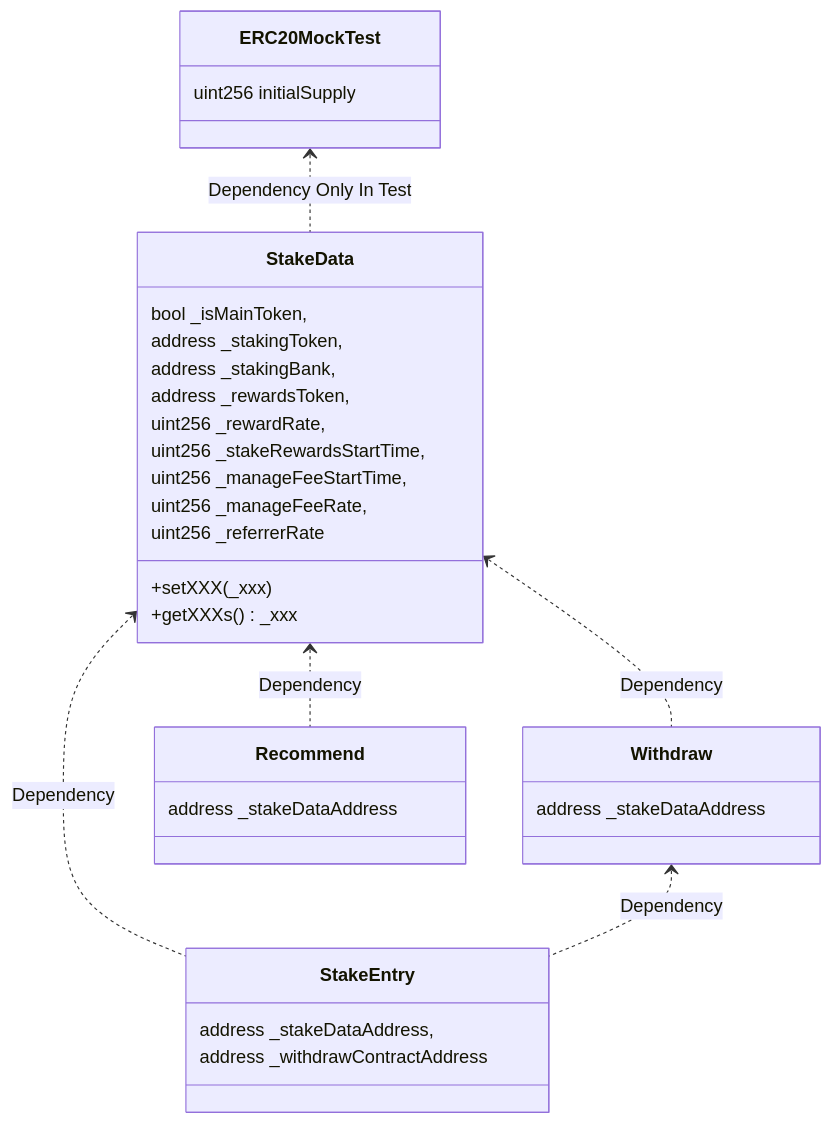
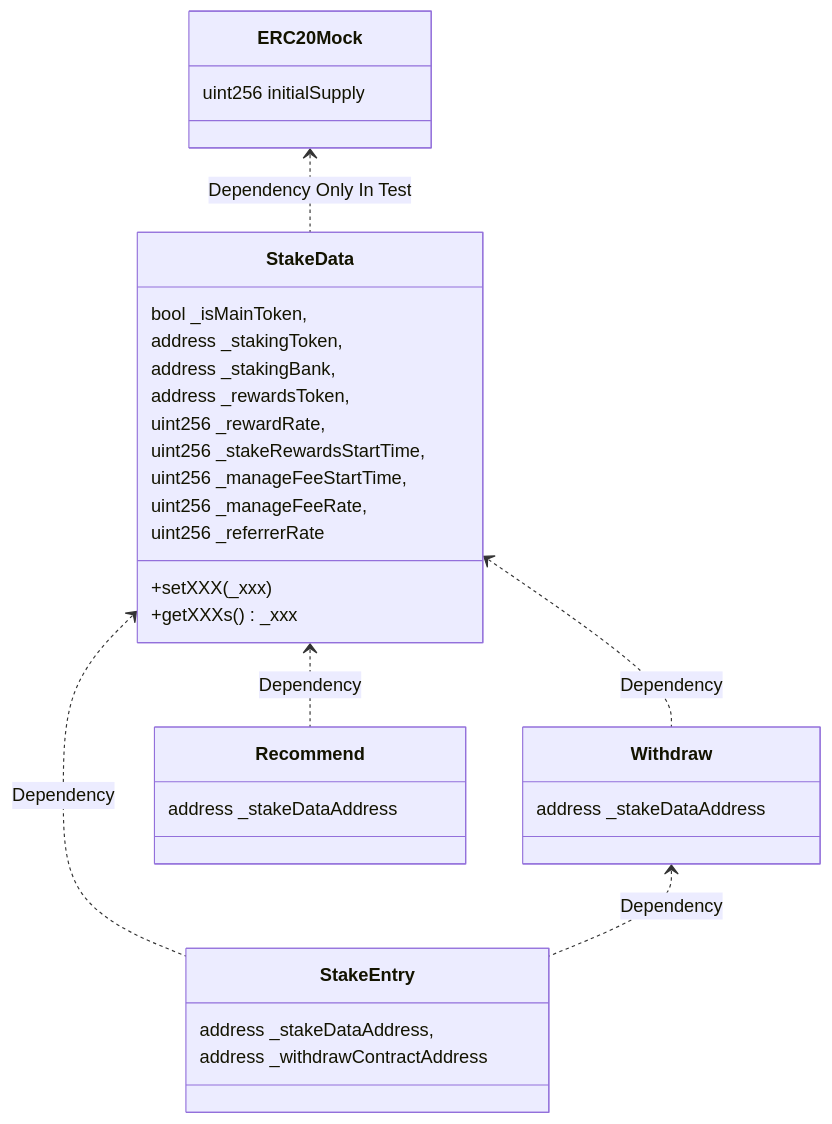
Before and after one commit to myronchain/staking-vault-sol: the diagram in README.md, drawn with Mermaid.

Commit message:
doc: contract struct

````diff
--- a/README.md
+++ b/README.md
@@ -31,45 +31,45 @@
 ```mermaid
 classDiagram
-ERC20MockTest <.. StakeData: Dependency Only In Test
+ERC20Mock <.. StakeData: Dependency Only In Test
 StakeData <.. Withdraw: Dependency
 StakeData <.. StakeEntry: Dependency
 Withdraw <.. StakeEntry: Dependency
 StakeData <.. Recommend: Dependency
 
 
-class ERC20MockTest {
+class ERC20Mock {
   uint256 initialSupply
 }
 
 
 class StakeData {
     bool _isMainToken,
     address _stakingToken,
     address _stakingBank,
     address _rewardsToken,
     uint256 _rewardRate,
     uint256 _stakeRewardsStartTime,
     uint256 _manageFeeStartTime,
     uint256 _manageFeeRate,
     uint256 _referrerRate
 }
 
 StakeData : +setXXX(_xxx)
 StakeData : +getXXXs() _xxx
 
 
 class Recommend {
   address _stakeDataAddress
 }
 
 
 class Withdraw {
   address _stakeDataAddress
 }
 
 
 class StakeEntry {
   address _stakeDataAddress, 
   address _withdrawContractAddress
 }
 ```
````
